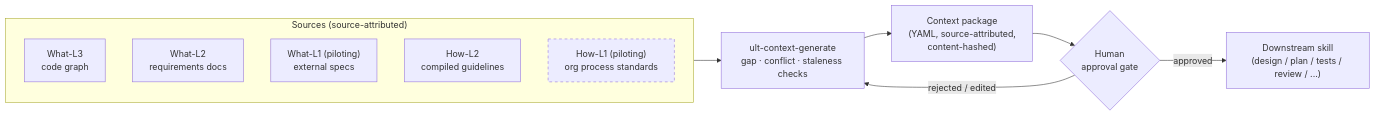
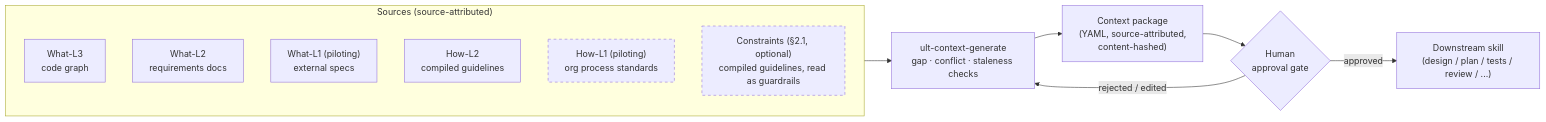
Before and after one commit to linkpranay-ai/context-engineering-protocol: the first of 2 diagrams in PROTOCOL.md, drawn with Mermaid. The commit also changed other lines of this file and 1 other file, not shown here.

First line of the commit message:
docs: document Constraints as a third dimension, fix stale roadmap/Codex claims

````diff
--- a/PROTOCOL.md
+++ b/PROTOCOL.md
@@ -58,18 +92,20 @@
 ```mermaid
 flowchart LR
     subgraph Sources["Sources (source-attributed)"]
         L3["What-L3<br/>code graph"]
         L2W["What-L2<br/>requirements docs"]
         L1W["What-L1 (piloting)<br/>external specs"]
         L2H["How-L2<br/>compiled guidelines"]
         L1H["How-L1 (piloting)<br/>org process standards"]
+        Con["Constraints (§2.1, optional)<br/>compiled guidelines, read as guardrails"]
     end
 
     Sources --> Engine["ult-context-generate<br/>gap · conflict · staleness checks"]
     Engine --> Package["Context package<br/>(YAML, source-attributed,<br/>content-hashed)"]
     Package --> Gate{"Human<br/>approval gate"}
     Gate -- approved --> Consumer["Downstream skill<br/>(design / plan / tests / review / ...)"]
     Gate -- rejected / edited --> Engine
 
     style L1H stroke-dasharray: 5 5
+    style Con stroke-dasharray: 5 5
 ```
````
